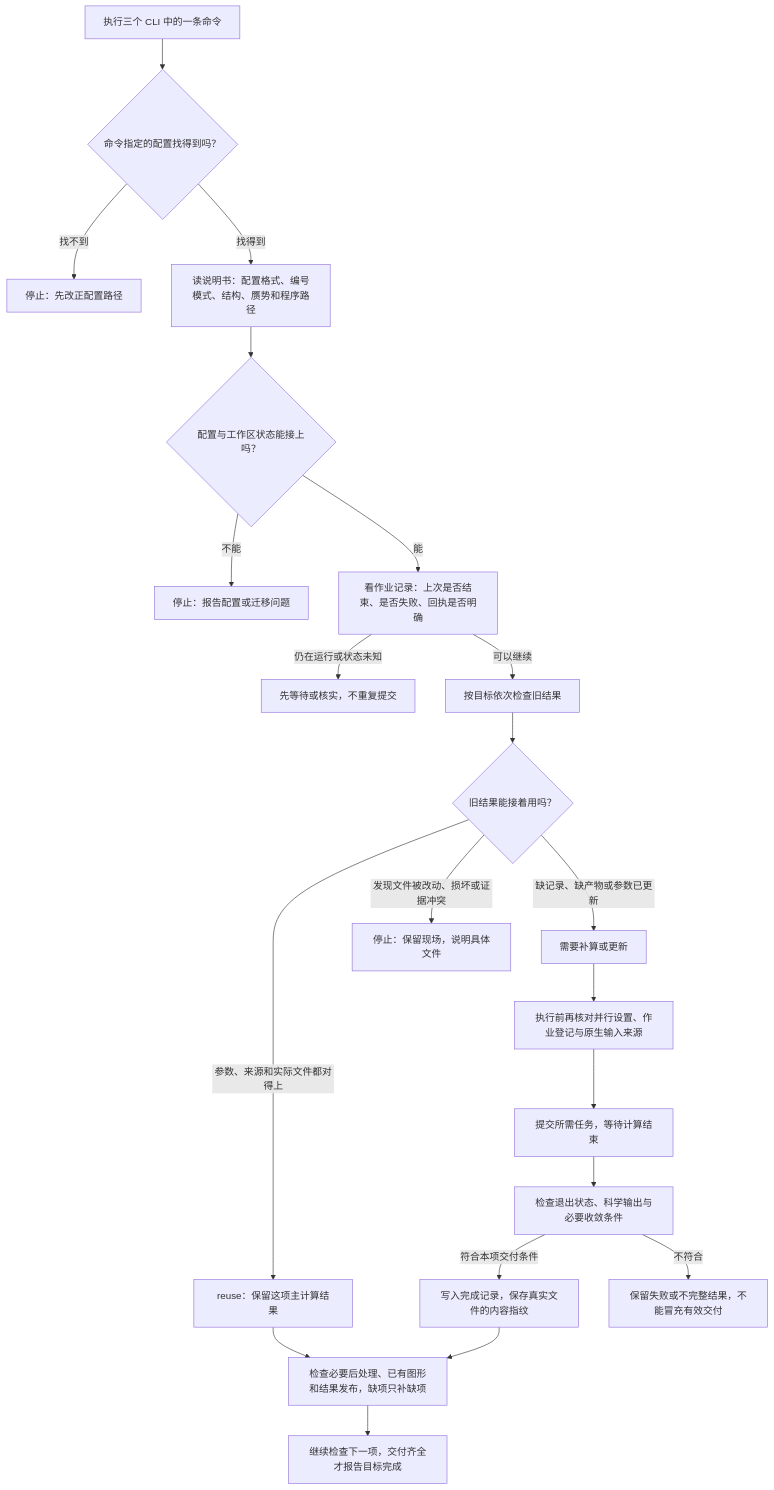
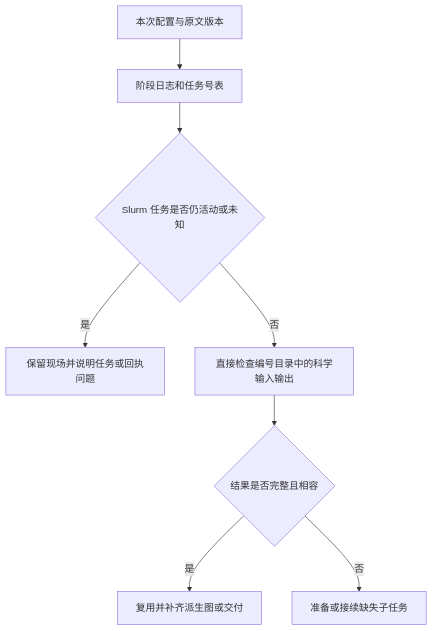
One commit to JLU-ICCMS-MaYuan/dftflow changed the diagram in docs/overview/epwflow/preflight-and-reuse.md. Above: the diagram before and after it, drawn with Mermaid. The commit also changed other lines of this file and 83 other files, not shown here.

````diff
--- a/docs/overview/epwflow/preflight-and-reuse.md
+++ b/docs/overview/epwflow/preflight-and-reuse.md
@@ -51,23 +55,10 @@
 ```mermaid
 flowchart TD
-    A[执行三个 CLI 中的一条命令] --> B{命令指定的配置找得到吗？}
-    B -->|找不到| X[停止：先改正配置路径]
-    B -->|找得到| C[读说明书：配置格式、编号模式、结构、赝势和程序路径]
-    C --> D{配置与工作区状态能接上吗？}
-    D -->|不能| Y[停止：报告配置或迁移问题]
-    D -->|能| E[看作业记录：上次是否结束、是否失败、回执是否明确]
-    E -->|仍在运行或状态未知| Z[先等待或核实，不重复提交]
-    E -->|可以继续| F[按目标依次检查旧结果]
-    F --> G{旧结果能接着用吗？}
-    G -->|参数、来源和实际文件都对得上| R[reuse：保留这项主计算结果]
-    G -->|缺记录、缺产物或参数已更新| U[需要补算或更新]
-    G -->|发现文件被改动、损坏或证据冲突| V[停止：保留现场，说明具体文件]
-    U --> H[执行前再核对并行设置、作业登记与原生输入来源]
-    H --> I[提交所需任务，等待计算结束]
-    I --> J[检查退出状态、科学输出与必要收敛条件]
-    J -->|符合本项交付条件| K[写入完成记录，保存真实文件的内容指纹]
-    J -->|不符合| L[保留失败或不完整结果，不能冒充有效交付]
-    R --> P[检查必要后处理、已有图形和结果发布，缺项只补缺项]
-    K --> P
-    P --> N[继续检查下一项，交付齐全才报告目标完成]
+    A[本次配置与原文版本] --> B[阶段日志和任务号表]
+    B --> C{Slurm 任务是否仍活动或未知}
+    C -->|是| D[保留现场并说明任务或回执问题]
+    C -->|否| E[直接检查编号目录中的科学输入输出]
+    E --> F{结果是否完整且相容}
+    F -->|是| G[复用并补齐派生图或交付]
+    F -->|否| H[准备或接续缺失子任务]
 ```
````
